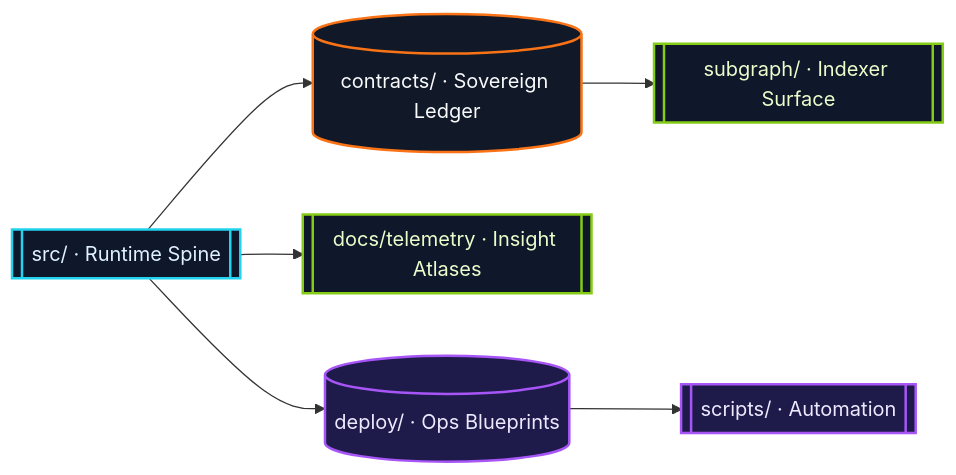
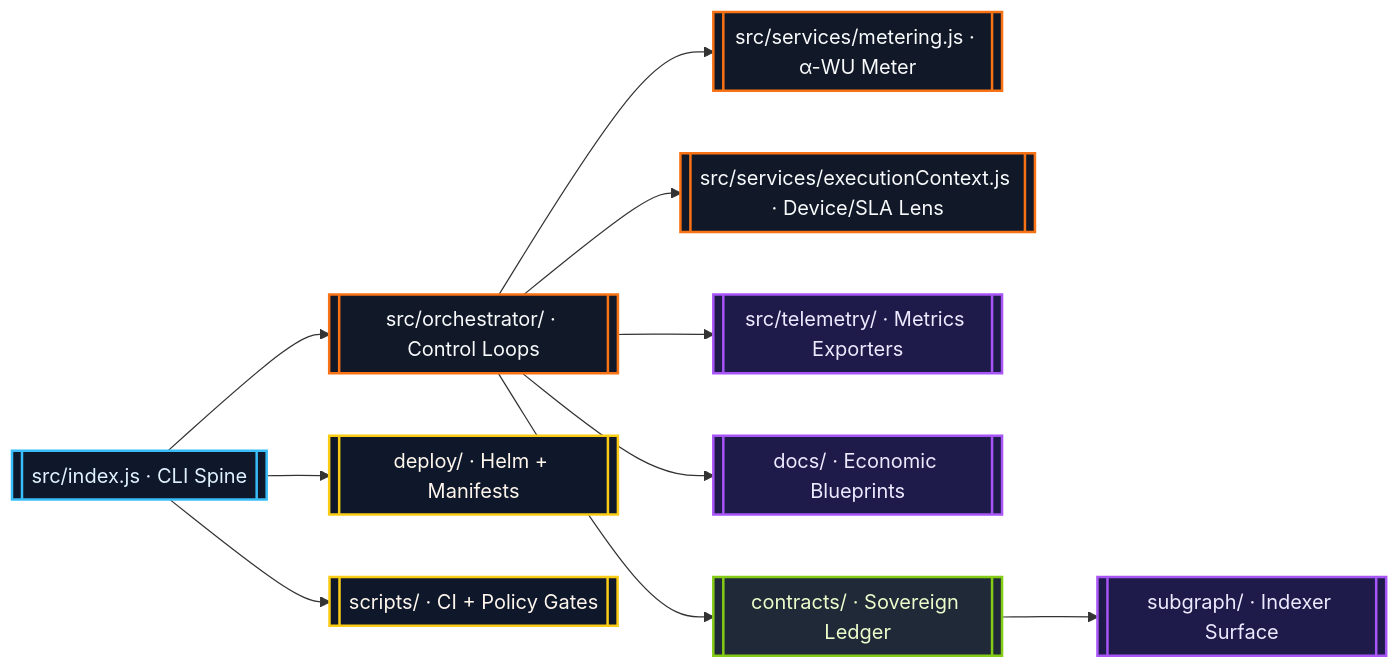
One commit to MontrealAI/AGI-Alpha-Node-v0 changed the first of 4 diagrams in README.md. Above: the diagram before and after it, drawn with Mermaid. The commit also changed other lines of this file and 9 other files, not shown here.

Commit message:
Add runtime metering service with execution binding and telemetry

````diff
--- a/README.md
+++ b/README.md
@@ -82,13 +73,18 @@
 ```mermaid
 flowchart LR
-  classDef compute fill:#0f172a,stroke:#22d3ee,stroke-width:2px,color:#e0f2fe;
-  classDef chain fill:#111827,stroke:#f97316,stroke-width:2px,color:#f8fafc;
-  classDef ops fill:#1e1b4b,stroke:#a855f7,stroke-width:2px,color:#ede9fe;
-  classDef insight fill:#0f172a,stroke:#84cc16,stroke-width:2px,color:#ecfccb;
+  classDef runtime fill:#0f172a,stroke:#38bdf8,stroke-width:2px,color:#e0f2fe;
+  classDef service fill:#111827,stroke:#f97316,stroke-width:2px,color:#f8fafc;
+  classDef ledger fill:#1f2937,stroke:#84cc16,stroke-width:2px,color:#ecfccb;
+  classDef telemetry fill:#1e1b4b,stroke:#a855f7,stroke-width:2px,color:#ede9fe;
+  classDef ops fill:#0f172a,stroke:#facc15,stroke-width:2px,color:#fff7ed;
 
-  Runtime[[src/ · Runtime Spine]]:::compute --> Contracts[(contracts/ · Sovereign Ledger)]:::chain
-  Runtime --> Telemetry[[docs/telemetry · Insight Atlases]]:::insight
-  Runtime --> Deploy[(deploy/ · Ops Blueprints)]:::ops
-  Contracts --> Subgraph[[subgraph/ · Indexer Surface]]:::insight
-  Deploy --> Scripts[[scripts/ · Automation]]:::ops
+  Runtime[[src/index.js · CLI Spine]]:::runtime --> Orchestrator[[src/orchestrator/ · Control Loops]]:::service
+  Orchestrator --> Metering[[src/services/metering.js · α-WU Meter]]:::service
+  Orchestrator --> ExecutionContext[[src/services/executionContext.js · Device/SLA Lens]]:::service
+  Orchestrator --> Telemetry[[src/telemetry/ · Metrics Exporters]]:::telemetry
+  Orchestrator --> Docs[[docs/ · Economic Blueprints]]:::telemetry
+  Orchestrator --> Contracts[[contracts/ · Sovereign Ledger]]:::ledger
+  Runtime --> Deploy[[deploy/ · Helm + Manifests]]:::ops
+  Runtime --> Scripts[[scripts/ · CI + Policy Gates]]:::ops
+  Contracts --> Subgraph[[subgraph/ · Indexer Surface]]:::telemetry
 ```
````
